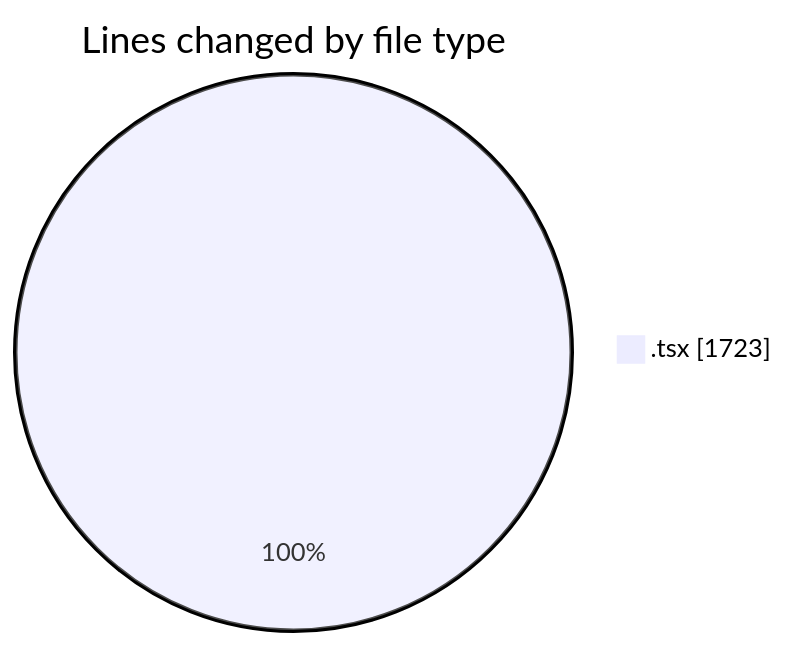
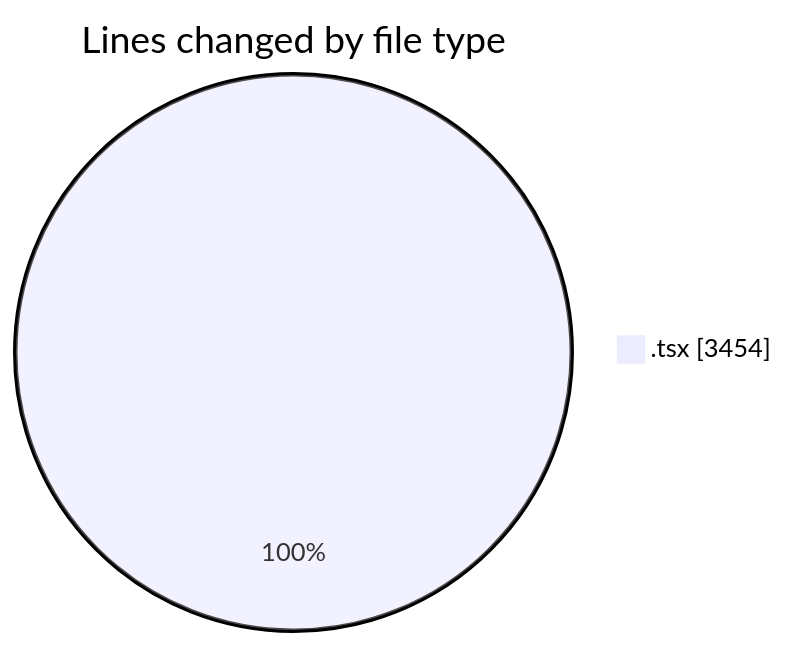
Before and after one commit to nxtqubesakshisongat/code-tracking: the first of 2 diagrams in 2026-06-18/nxtqube_webapp/README.md, drawn with Mermaid. The commit also changed other lines of this file and 1 other file, not shown here.

````diff
--- a/2026-06-18/nxtqube_webapp/README.md
+++ b/2026-06-18/nxtqube_webapp/README.md
@@ -20,5 +20,5 @@
 ```mermaid
 pie showData
 title Lines changed by file type
-".tsx" : 1723
+".tsx" : 3454
 ```
````
